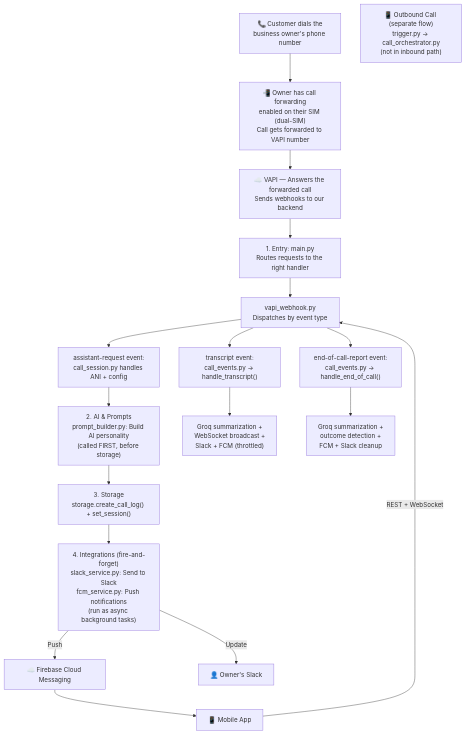
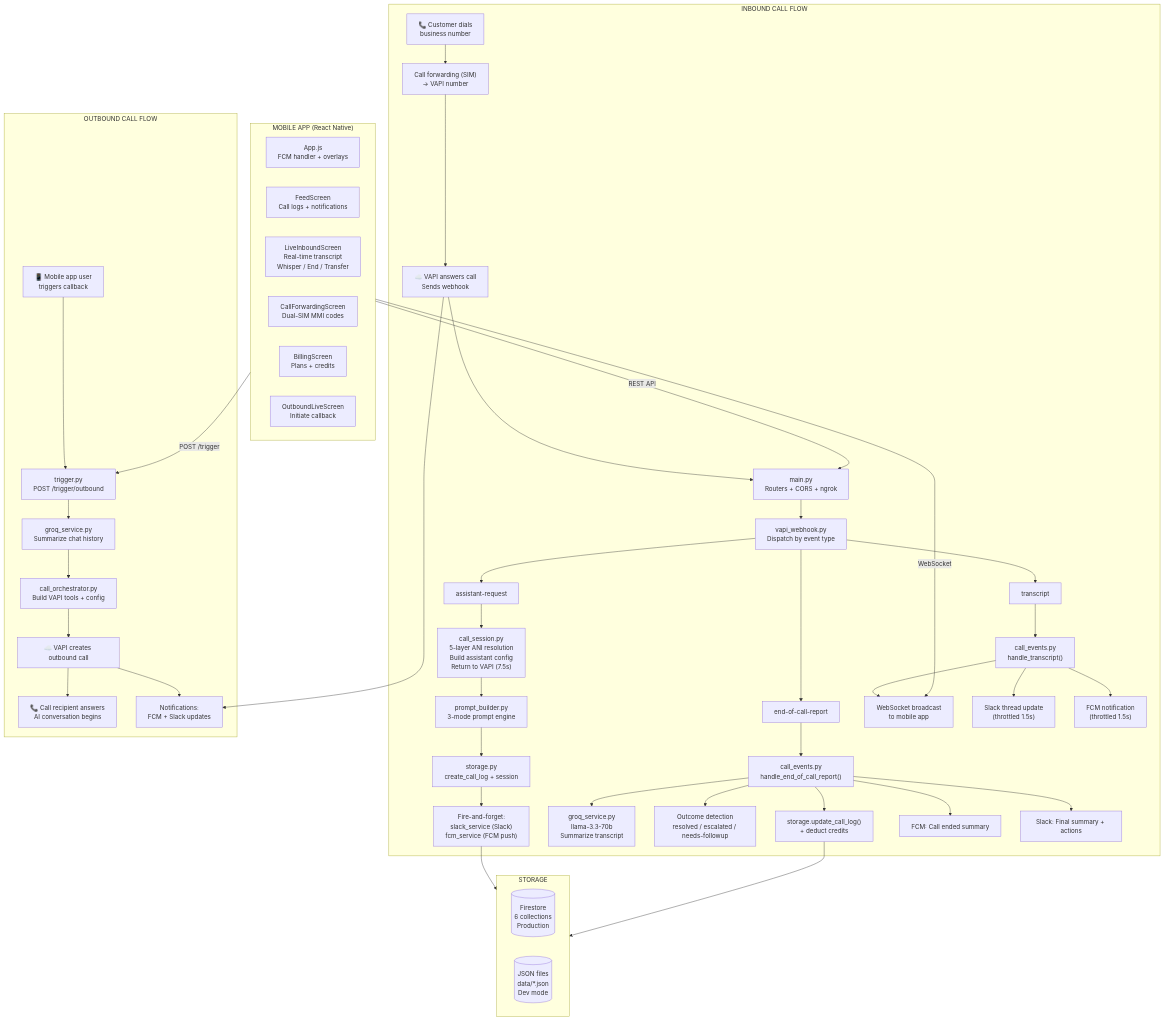
Before and after one commit to sarv-projects/study: the first of 18 diagrams in study_notes/13_SuperOwl_Deep_Dive.md, drawn with Mermaid. The commit also changed other lines of this file and 3 other files, not shown here.

````diff
--- a/study_notes/13_SuperOwl_Deep_Dive.md
+++ b/study_notes/13_SuperOwl_Deep_Dive.md
@@ -18,37 +18,59 @@
 ```mermaid
 flowchart TB
-    Phone["📞 Customer dials the<br/>business owner's phone number"] --> FORWARD
+    subgraph INBOUND["INBOUND CALL FLOW"]
+        C["📞 Customer dials<br/>business number"] --> FW["Call forwarding (SIM)<br/>→ VAPI number"]
+        FW --> V["☁️ VAPI answers call<br/>Sends webhook"]
+        V --> MW["main.py<br/>Routers + CORS + ngrok"]
+        MW --> VW["vapi_webhook.py<br/>Dispatch by event type"]
+        VW --> ASR["assistant-request"]
+        VW --> TR["transcript"]
+        VW --> EOC["end-of-call-report"]
+        
+        ASR --> CS["call_session.py<br/>5-layer ANI resolution<br/>Build assistant config<br/>Return to VAPI (7.5s)"]
+        CS --> P["prompt_builder.py<br/>3-mode prompt engine"]
+        P --> ST["storage.py<br/>create_call_log + session"]
+        ST --> NT["Fire-and-forget:<br/>slack_service (Slack)<br/>fcm_service (FCM push)"]
+        
+        TR --> CE["call_events.py<br/>handle_transcript()"]
+        CE --> WS["WebSocket broadcast<br/>to mobile app"]
+        CE --> SL["Slack thread update<br/>(throttled 1.5s)"]
+        CE --> FC["FCM notification<br/>(throttled 1.5s)"]
+        
+        EOC --> CE2["call_events.py<br/>handle_end_of_call_report()"]
+        CE2 --> GR["groq_service.py<br/>llama-3.3-70b<br/>Summarize transcript"]
+        CE2 --> OD["Outcome detection<br/>resolved / escalated / needs-followup"]
+        CE2 --> CR["storage.update_call_log()<br/>+ deduct credits"]
+        CE2 --> FCM["FCM: Call ended summary"]
+        CE2 --> SLACK["Slack: Final summary + actions"]
+    end
     
-    FORWARD["📲 Owner has call forwarding<br/>enabled on their SIM (dual-SIM)<br/>Call gets forwarded to VAPI number"] --> VAPI
+    subgraph OUTBOUND["OUTBOUND CALL FLOW"]
+        MO["📱 Mobile app user<br/>triggers callback"] --> TRIG["trigger.py<br/>POST /trigger/outbound"]
+        TRIG --> GR2["groq_service.py<br/>Summarize chat history"]
+        GR2 --> CO["call_orchestrator.py<br/>Build VAPI tools + config"]
+        CO --> VO["☁️ VAPI creates outbound call"]
+        VO --> USR["📞 Call recipient answers<br/>AI conversation begins"]
+        VO --> NT2["Notifications:<br/>FCM + Slack updates"]
+    end
     
-    VAPI["☁️ VAPI — Answers the forwarded call<br/>Sends webhooks to our backend"] --> ENTRY
+    subgraph MOBILE["MOBILE APP (React Native)"]
+        APP["App.js<br/>FCM handler + overlays"]
+        SS["FeedScreen<br/>Call logs + notifications"]
+        LB["LiveInboundScreen<br/>Real-time transcript<br/>Whisper / End / Transfer"]
+        CF["CallForwardingScreen<br/>Dual-SIM MMI codes"]
+        BL["BillingScreen<br/>Plans + credits"]
+        OB["OutboundLiveScreen<br/>Initiate callback"]
+    end
     
-    ENTRY["1. Entry: main.py<br/>Routes requests to the right handler"] --> WEBHOOK
+    subgraph STORAGE["STORAGE"]
+        FS[("Firestore<br/>6 collections<br/>Production")]
+        JS[("JSON files<br/>data/*.json<br/>Dev mode")]
+    end
     
-    WEBHOOK["vapi_webhook.py<br/>Dispatches by event type"] --> INBOUND
-    WEBHOOK --> TRANSCRIPT
-    WEBHOOK --> ENDCALL
-    
-    INBOUND["assistant-request event:<br/>call_session.py handles ANI + config"] --> AI
-    
-    AI["2. AI & Prompts<br/>prompt_builder.py: Build AI personality<br/>(called FIRST, before storage)"] --> STORE
-    
-    STORE["3. Storage<br/>storage.create_call_log() + set_session()"] --> INT
-    
-    INT["4. Integrations (fire-and-forget)<br/>slack_service.py: Send to Slack<br/>fcm_service.py: Push notifications<br/>(run as async background tasks)"] 
-    
-    TRANSCRIPT["transcript event:<br/>call_events.py → handle_transcript()"] --> T_AI
-    T_AI["Groq summarization +<br/>WebSocket broadcast +<br/>Slack + FCM (throttled)"]
-    
-    ENDCALL["end-of-call-report event:<br/>call_events.py → handle_end_of_call()"] --> E_AI
-    E_AI["Groq summarization +<br/>outcome detection +<br/>FCM + Slack cleanup"]
-    
-    INT -->|"Push"| FCM["☁️ Firebase Cloud Messaging"]
-    FCM --> APP["📱 Mobile App"]
-    INT -->|"Update"| SLACK["👤 Owner's Slack"]
-    
-    APP -->|"REST + WebSocket"| WEBHOOK
-    
-    %% Outbound - separate flow
-    OUT["📱 Outbound Call (separate flow)<br/>trigger.py → call_orchestrator.py<br/>(not in inbound path)"]
+    MOBILE -->|"REST API"| MW
+    MOBILE -->|"WebSocket"| WS
+    MOBILE -->|"POST /trigger"| TRIG
+    NT --> STORAGE
+    CR --> STORAGE
+    V --> NT2
 ```
````
